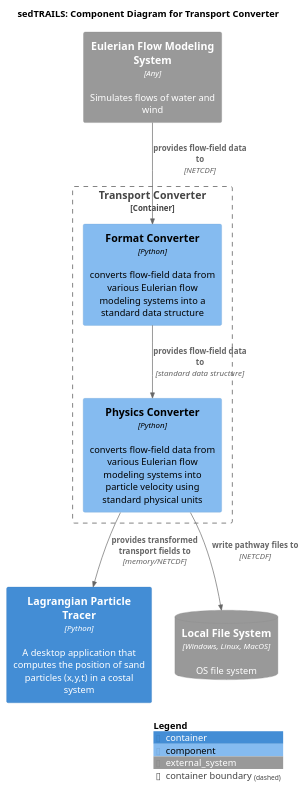
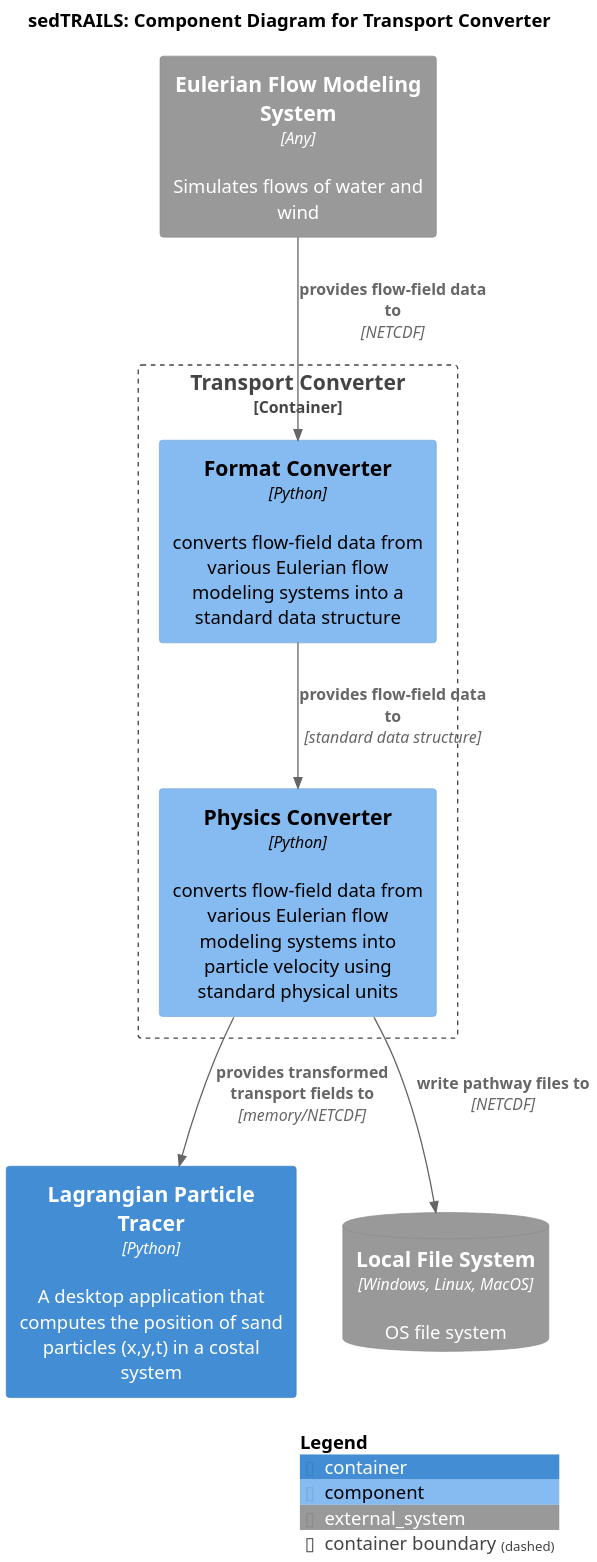
The diagram in diagrams/componets-transport-converter.puml (sgpearson17/sedtrails-sgp), drawn with PlantUML before and after one commit. The commit also changed 3 other files, not shown here.

Commit message:
update scale settings in component and container diagrams for consistency

```diff
--- a/diagrams/componets-transport-converter.puml
+++ b/diagrams/componets-transport-converter.puml
@@ -1,30 +1,30 @@
 @startuml SedtrailComponent
 ' !include <C4/C4_Container>
 
 !include https://raw.githubusercontent.com/plantuml-stdlib/C4-PlantUML/master/C4_Component.puml
 
 ' LAYOUT_LANDSCAPE()
 
 title sedTRAILS: Component Diagram for Transport Converter
-' scale 2
+scale 2
 
 Container_Boundary(transportConverter, "Transport Converter"){ 
     Component(formatConverter, "Format Converter", "Python", "converts flow-field data from various Eulerian flow modeling systems into a standard data structure")
     Component(physicsConverter, "Physics Converter", "Python", "converts flow-field data from various Eulerian flow modeling systems into particle velocity using standard physical units")
         
     Rel(formatConverter, physicsConverter, "provides flow-field data to", "standard data structure")
 }
 
 Container(particleTracer, "Lagrangian Particle Tracer", "Python", "A desktop application that computes the position of sand particles (x,y,t) in a costal system")
 
 System_Ext(flowSystem, "Eulerian Flow Modeling System", "Simulates flows of water and wind", $type="Any")
 SystemDb_Ext(fileSystem, "Local File System", "OS file system", $type="Windows, Linux, MacOS")
 
 Rel(physicsConverter, particleTracer, "provides transformed transport fields to", "memory/NETCDF")
 Rel(physicsConverter, fileSystem, "write pathway files to", "NETCDF")
 
 Rel(flowSystem, formatConverter, "provides flow-field data to ", "NETCDF")
 
 
 SHOW_LEGEND()
 @enduml
```
